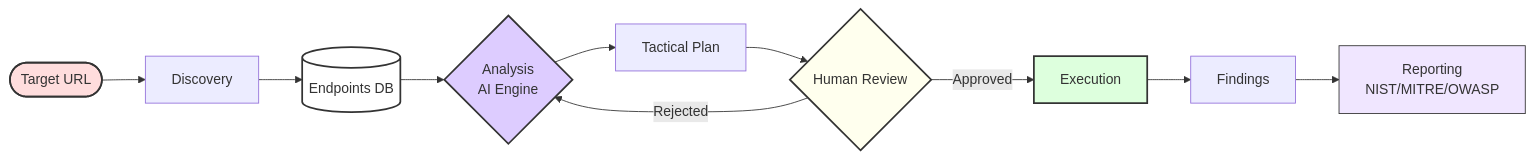
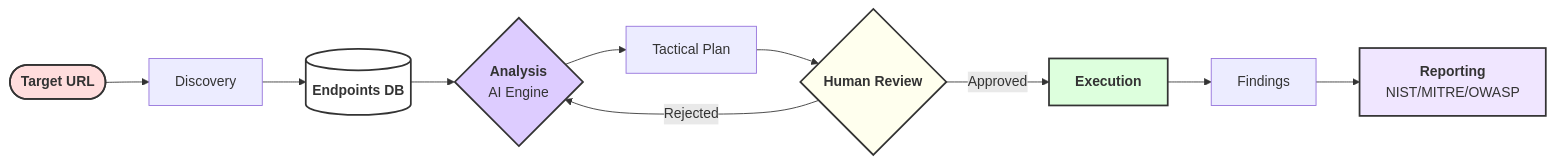
The second of 2 diagrams in README.md (JoseMariaMicoli/VaporTrace), drawn with Mermaid before and after one commit. The commit also changed 1 other file, not shown here.

Commit message:
Fixed README mermaid

````diff
--- a/README.md
+++ b/README.md
@@ -262,23 +262,40 @@
 ```mermaid
-flowchart LR
-    A([Target URL]) --> B[Discovery]
-    B --> C[(Endpoints DB)]
-    C --> D{Analysis<br/>AI Engine}
-    
-    D --> E[Tactical Plan]
-    E --> F{Human Review}
-    
-    F -- Approved --> G[Execution]
+graph LR
+    %% Class Definitions
+    classDef startNode fill:#fdd,stroke:#333,stroke-width:2px;
+    classDef database fill:#fff,stroke:#333,stroke-width:2px;
+    classDef engine fill:#dcf,stroke:#333,stroke-width:2px;
+    classDef review fill:#ffe,stroke:#333,stroke-width:2px;
+    classDef active fill:#dfd,stroke:#333,stroke-width:2px;
+    classDef report fill:#f0e6ff,stroke:#333,stroke-width:2px;
+
+    %% Nodes
+    A([<b>Target URL</b>]) 
+    B[Discovery]
+    C[(<b>Endpoints DB</b>)]
+    D{<b>Analysis</b><br/>AI Engine}
+    E[Tactical Plan]
+    F{<b>Human Review</b>}
+    G[<b>Execution</b>]
+    H[Findings]
+    I[<b>Reporting</b><br/>NIST/MITRE/OWASP]
+
+    %% Flow
+    A --> B
+    B --> C
+    C --> D
+    D --> E
+    E --> F
+    F -- Approved --> G
     F -- Rejected --> D
-    
-    G --> H[Findings]
-    H --> I[Reporting<br/>NIST/MITRE/OWASP]
+    G --> H
+    H --> I
 
-    %% Styling for Obsidian & GitHub Compatibility
-    style A fill:#fdd,stroke:#333,stroke-width:2px
-    style C fill:#fff,stroke:#333,stroke-width:2px
-    style D fill:#dcf,stroke:#333,stroke-width:2px
-    style F fill:#ffe,stroke:#333,stroke-width:2px
-    style G fill:#dfd,stroke:#333,stroke-width:2px
-    style I fill:#f0e6ff,stroke:#333,stroke-width:2px```
+    %% Assign Classes
+    class A startNode;
+    class C database;
+    class D engine;
+    class F review;
+    class G active;
+    class I report;
 ```
````
